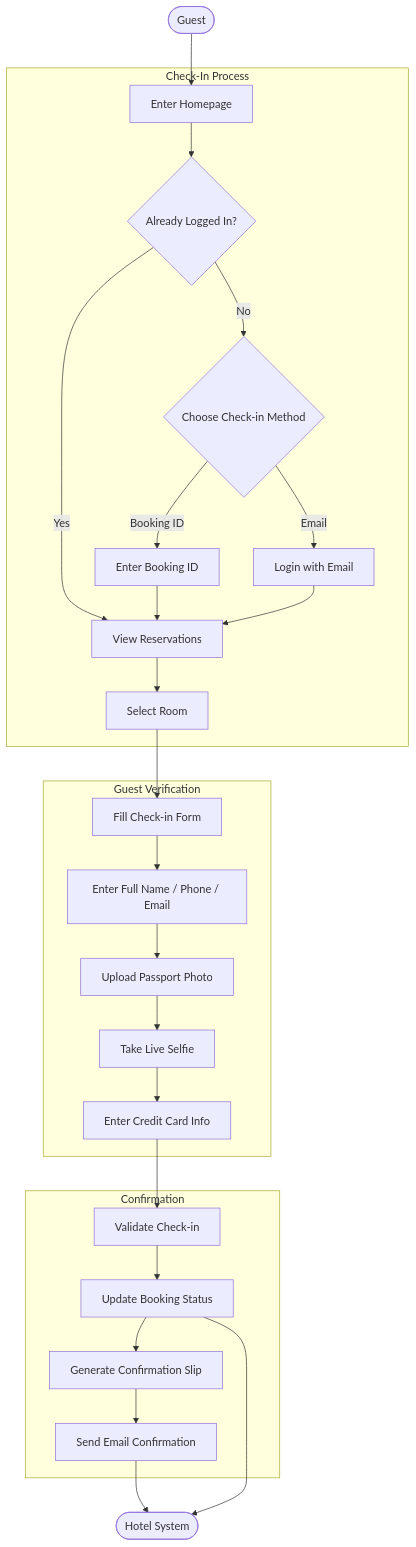
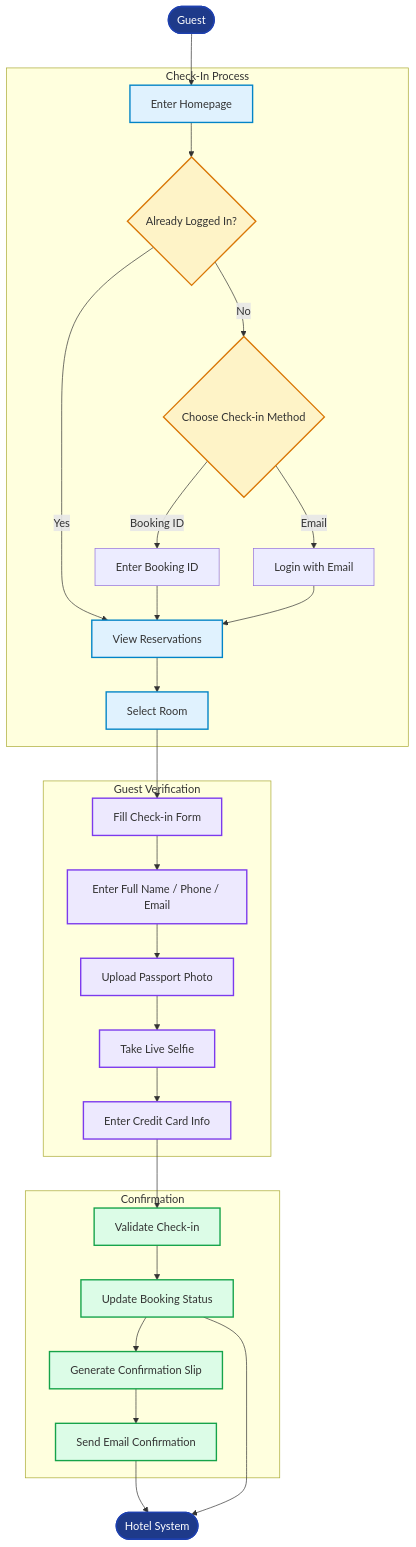
The diagram in diagrams/DataFlow.mmd (Silhouettete/Hotel-Self-Check-In-Project), drawn with Mermaid before and after one commit.

Commit message:
Refactor DataFlow diagram for clarity and structure

````diff
--- a/diagrams/DataFlow.mmd
+++ b/diagrams/DataFlow.mmd
@@ -1,49 +1,74 @@
+```mermaid
 flowchart TD
-    User([Guest])
-    Admin([Hotel System])
 
-    subgraph CheckIn["Check-In Process"]
-        A[Enter Homepage]
-        B{Already Logged In?}
-        C{Choose Check-in Method}
-        D[Enter Booking ID]
-        E[Login with Email]
-        F[View Reservations]
-        G[Select Room]
-    end
+%% ===== Actors =====
+User([Guest])
+Admin([Hotel System])
 
-    subgraph Verification["Guest Verification"]
-        H[Fill Check-in Form]
-        I[Enter Full Name / Phone / Email]
-        J[Upload Passport Photo]
-        K[Take Live Selfie]
-        L[Enter Credit Card Info]
-    end
+%% ===== Check-In Process =====
+subgraph CheckIn["Check-In Process"]
+    A[Enter Homepage]
+    B{Already Logged In?}
+    C{Choose Check-in Method}
+    D[Enter Booking ID]
+    E[Login with Email]
+    F[View Reservations]
+    G[Select Room]
+end
 
-    subgraph Completion["Confirmation"]
-        M[Validate Check-in]
-        N[Update Booking Status]
-        O[Generate Confirmation Slip]
-        P[Send Email Confirmation]
-    end
+%% ===== Verification =====
+subgraph Verification["Guest Verification"]
+    H[Fill Check-in Form]
+    I[Enter Full Name / Phone / Email]
+    J[Upload Passport Photo]
+    K[Take Live Selfie]
+    L[Enter Credit Card Info]
+end
 
-    User --> A
-    A --> B
-    B -- Yes --> F
-    B -- No --> C
-    C -- Booking ID --> D
-    C -- Email --> E
-    D --> F
-    E --> F
-    F --> G
-    G --> H
-    H --> I
-    I --> J
-    J --> K
-    K --> L
-    L --> M
-    M --> N
-    N --> O
-    O --> P
-    P --> Admin
-    N --> Admin
+%% ===== Completion =====
+subgraph Completion["Confirmation"]
+    M[Validate Check-in]
+    N[Update Booking Status]
+    O[Generate Confirmation Slip]
+    P[Send Email Confirmation]
+end
+
+%% ===== Flow =====
+User --> A
+A --> B
+B -- Yes --> F
+B -- No --> C
+C -- Booking ID --> D
+C -- Email --> E
+D --> F
+E --> F
+F --> G
+G --> H
+H --> I
+I --> J
+J --> K
+K --> L
+L --> M
+M --> N
+N --> O
+O --> P
+P --> Admin
+N --> Admin
+
+%% ===== Styling =====
+
+classDef actor fill:#1e3a8a,color:#ffffff,stroke:#1e40af,stroke-width:2px;
+classDef process fill:#e0f2fe,stroke:#0284c7,stroke-width:2px;
+classDef decision fill:#fef3c7,stroke:#d97706,stroke-width:2px;
+classDef verification fill:#ede9fe,stroke:#7c3aed,stroke-width:2px;
+classDef completion fill:#dcfce7,stroke:#16a34a,stroke-width:2px;
+
+class User,Admin actor
+
+class A,F,G process
+class B,C decision
+
+class H,I,J,K,L verification
+
+class M,N,O,P completion
+```
````
